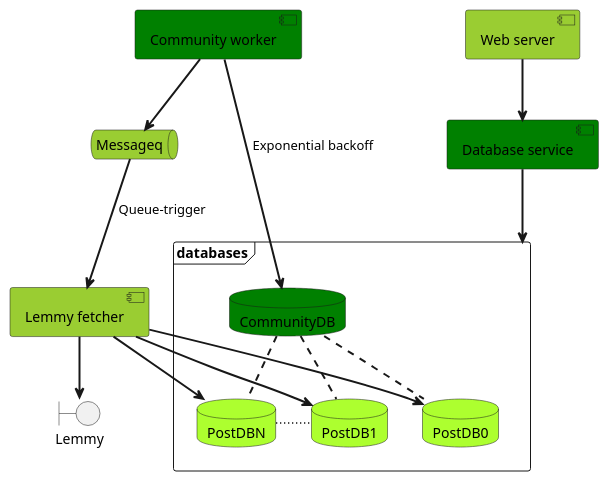
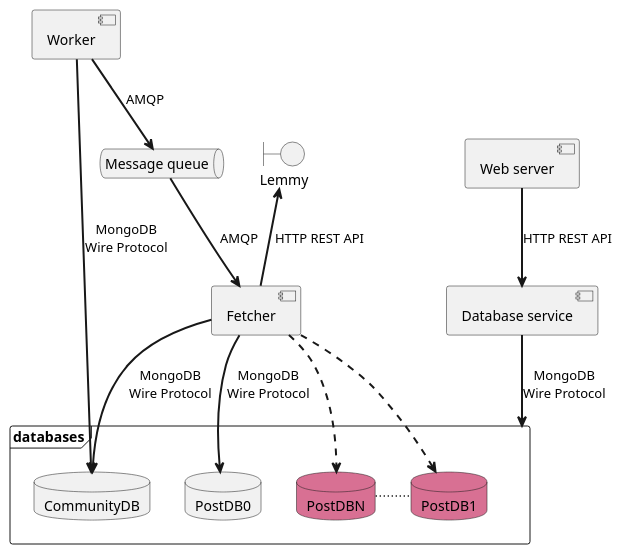
The diagram in Architecture.puml (vigge93-BTH-courses/PA2557-Tillampad-Cloud-Computing-och-Big-Data), drawn with PlantUML before and after one commit. The commit also changed 5 other files, not shown here.

```diff
--- a/Architecture.puml
+++ b/Architecture.puml
@@ -1,33 +1,34 @@
 @startuml Architecture
 skinparam sequenceArrowThickness 2
 frame databases {
-    database "CommunityDB" #green
-    database "PostDB0" #GreenYellow
-    database "PostDB1" #GreenYellow
-    database "PostDBN" #GreenYellow
+    database "CommunityDB"
+    database "PostDB0"
+    database "PostDB1" #PaleVioletRed
+    database "PostDBN" #PaleVioletRed
 }
-CommunityDB -[dashed]- PostDB0
-CommunityDB -[dashed]- PostDB1
-CommunityDB -[dashed]- PostDBN
-PostDBN ~ PostDB1 
 
-component WebServer as "Web server" #YellowGreen
-component LemmyFetcher as "Lemmy fetcher" #YellowGreen
-component CommunityWorker as "Community worker" #green
-component DatabaseService as "Database service" #green
+PostDBN ~ PostDB1
+PostDB1 -[hidden]> PostDB0 
+PostDB0 -[hidden]> CommunityDB 
 
-DatabaseService --> databases
+component WebServer as "Web server"
+component LemmyFetcher as "Fetcher"
+component CommunityWorker as "Worker"
+component DatabaseService as "Database service"
 
-WebServer --> DatabaseService
-CommunityWorker --> CommunityDB : Exponential backoff
-LemmyFetcher --> PostDB0
-LemmyFetcher --> PostDB1
-LemmyFetcher --> PostDBN
+DatabaseService --> databases: MongoDB\nWire Protocol
 
-queue Messageq #YellowGreen
-CommunityWorker --> Messageq
-Messageq --> LemmyFetcher : Queue-trigger
+WebServer --> DatabaseService: HTTP REST API
+CommunityWorker --> CommunityDB: MongoDB\nWire Protocol
+LemmyFetcher -[dashed]-> PostDBN
+LemmyFetcher -[dashed]-> PostDB1
+LemmyFetcher --> PostDB0: MongoDB\nWire Protocol
+LemmyFetcher --> CommunityDB: MongoDB\nWire Protocol
+
+queue Messageq as "Message queue"
+CommunityWorker --> Messageq: AMQP
+Messageq --> LemmyFetcher: AMQP
 
 boundary Lemmy
-LemmyFetcher --> Lemmy
+LemmyFetcher -up-> Lemmy: HTTP REST API
 @enduml
```
